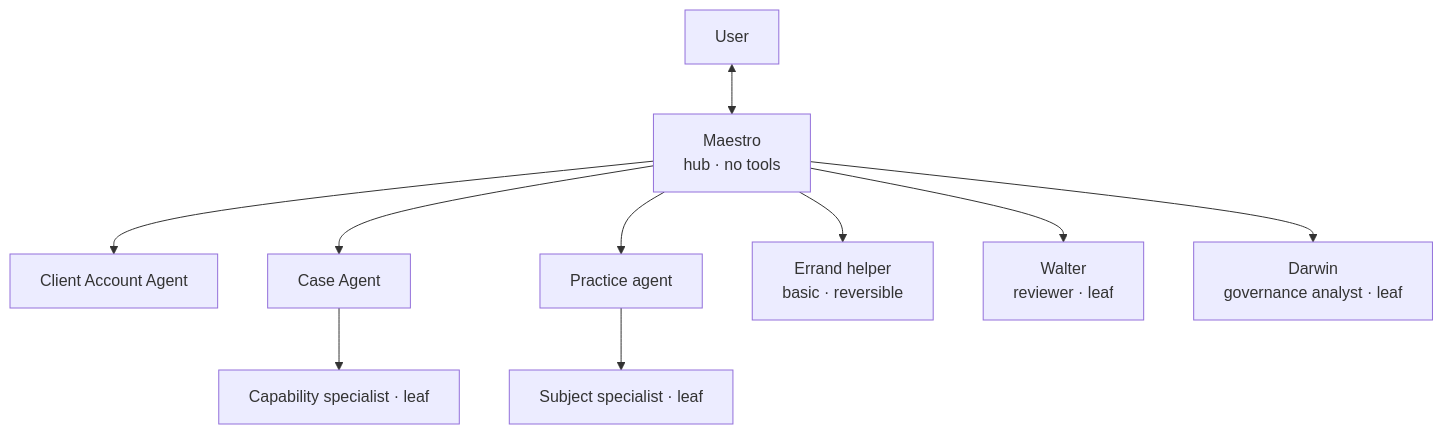
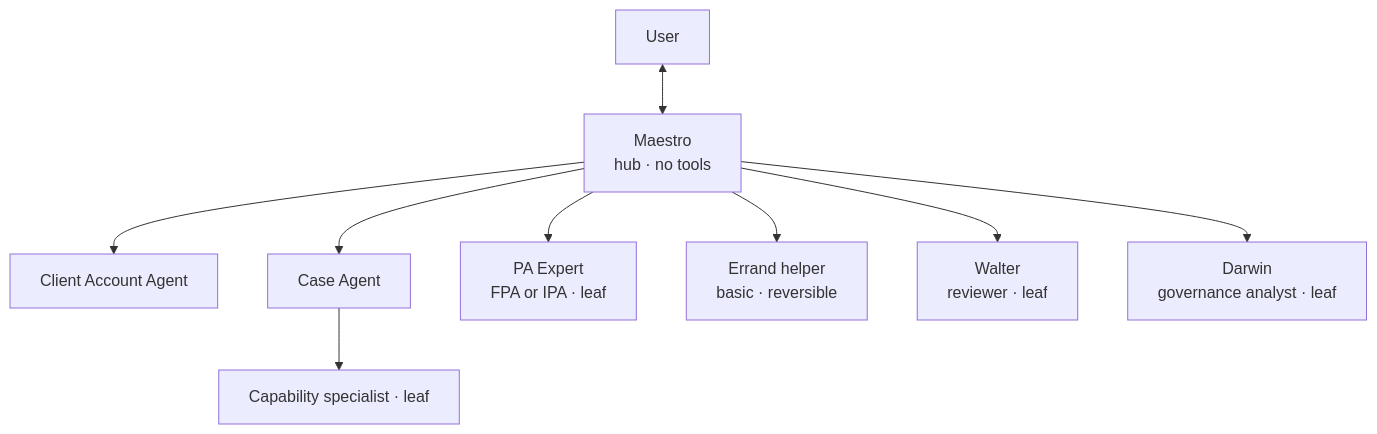
The first of 3 diagrams in specs/018-maestro-core-agents.md (agentic-os-brasil/bcg-brasil-agentic-os), drawn with Mermaid before and after one commit. The commit also changed other lines of this file and 30 other files, not shown here.

Commit message:
feat(maestro): retire practice split brain and harden Darwin evolution

````diff
--- a/specs/018-maestro-core-agents.md
+++ b/specs/018-maestro-core-agents.md
@@ -16,12 +16,11 @@
 ```mermaid
 flowchart TB
     User["User"] <--> Maestro["Maestro<br/>hub · no tools"]
     Maestro --> Account["Client Account Agent"]
     Maestro --> Case["Case Agent"]
-    Maestro --> Practice["Practice agent"]
+    Maestro --> PAExpert["PA Expert<br/>FPA or IPA · leaf"]
     Maestro --> Errand["Errand helper<br/>basic · reversible"]
     Maestro --> Walter["Walter<br/>reviewer · leaf"]
     Maestro --> Darwin["Darwin<br/>governance analyst · leaf"]
     Case --> CapabilityW["Capability specialist · leaf"]
-    Practice --> Subject["Subject specialist · leaf"]
 ```
````
